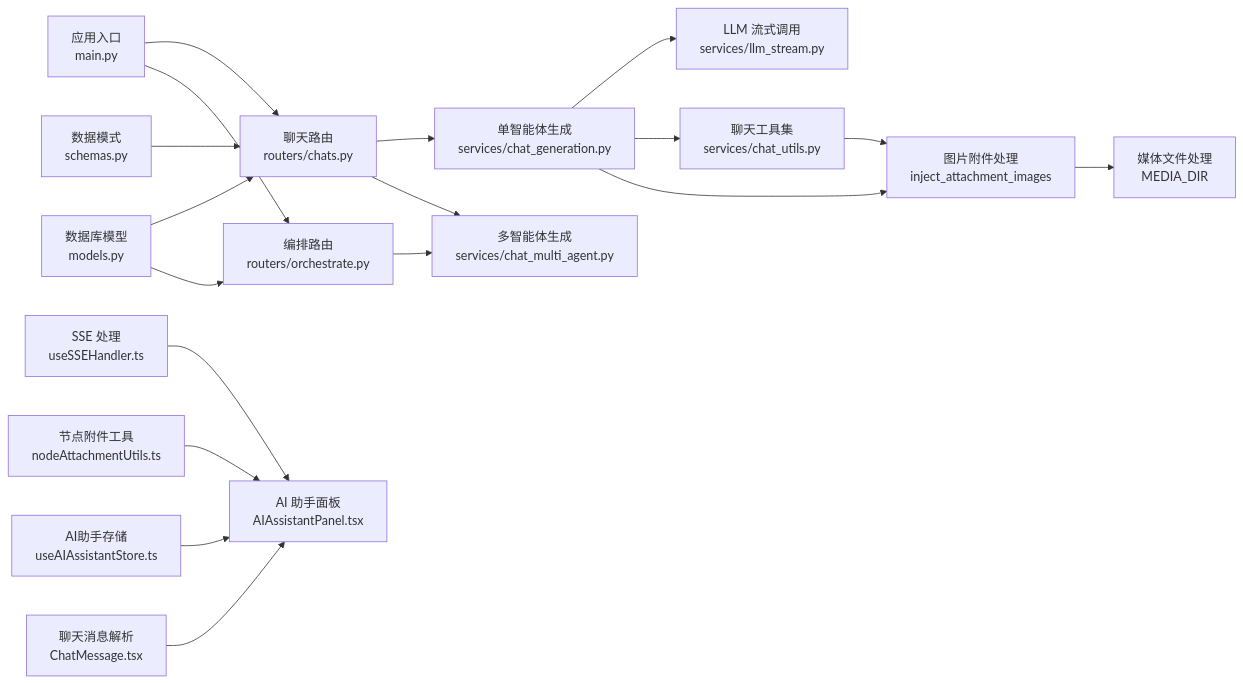
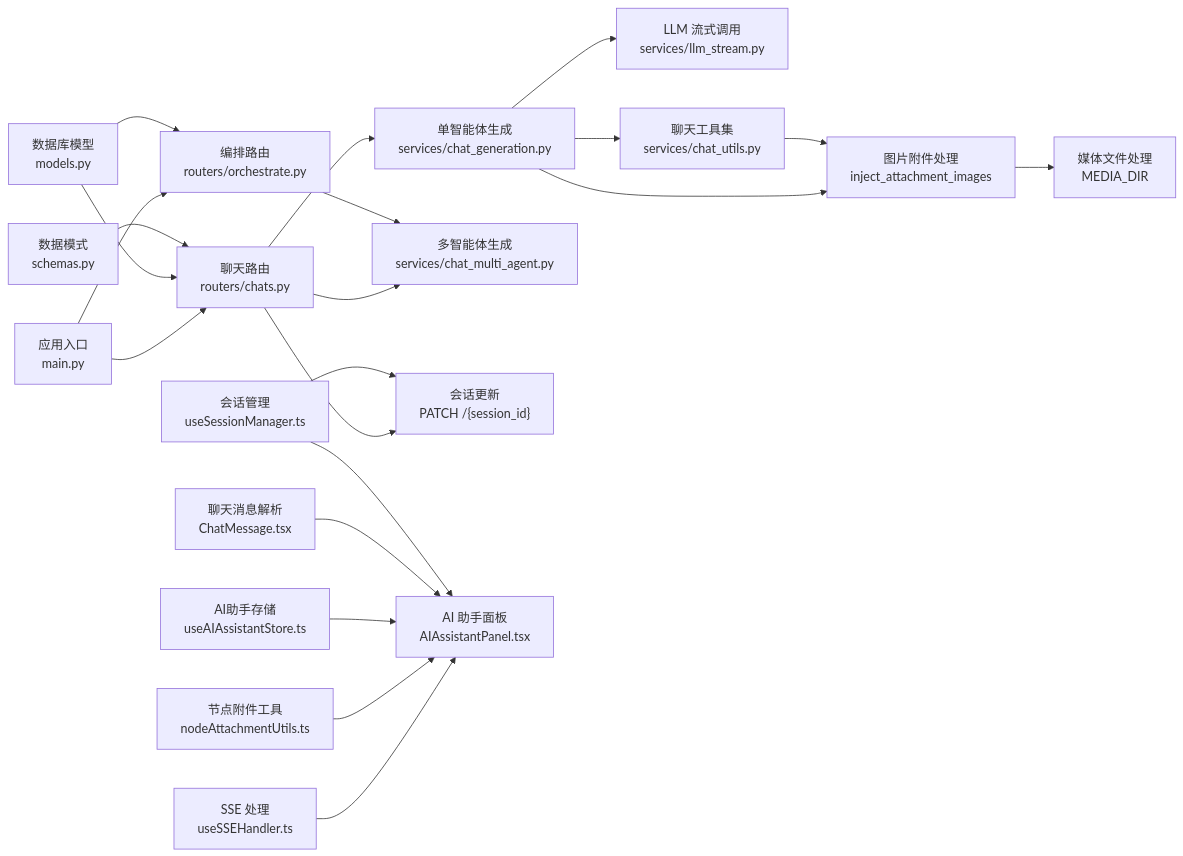
One commit to KunLabAI/KunFlix changed the fourth of 4 diagrams in .qoder/repowiki/zh/content/API接口文档/聊天对话接口.md. Above: the diagram before and after it, drawn with Mermaid. The commit also changed other lines of this file and 12 other files, not shown here.

````diff
--- a/.qoder/repowiki/zh/content/API接口文档/聊天对话接口.md
+++ b/.qoder/repowiki/zh/content/API接口文档/聊天对话接口.md
@@ -319,20 +376,23 @@
 ```mermaid
 graph LR
 CHATS["聊天路由<br/>routers/chats.py"] --> GEN["单智能体生成<br/>services/chat_generation.py"]
 CHATS --> MULTI["多智能体生成<br/>services/chat_multi_agent.py"]
+CHATS --> PATCH["会话更新<br/>PATCH /{session_id}"]
 GEN --> STREAM["LLM 流式调用<br/>services/llm_stream.py"]
 GEN --> UTILS["聊天工具集<br/>services/chat_utils.py"]
 GEN --> ATTACH["图片附件处理<br/>inject_attachment_images"]
 UTILS --> ATTACH
 ATTACH --> MEDIA["媒体文件处理<br/>MEDIA_DIR"]
 ORCHESTRATE["编排路由<br/>routers/orchestrate.py"] --> MULTI
 MAIN["应用入口<br/>main.py"] --> CHATS
 MAIN --> ORCHESTRATE
 MODELS["数据库模型<br/>models.py"] --> CHATS
 MODELS --> ORCHESTRATE
 SCHEMAS["数据模式<br/>schemas.py"] --> CHATS
 FE_SSE["SSE 处理<br/>useSSEHandler.ts"] --> FE_UI["AI 助手面板<br/>AIAssistantPanel.tsx"]
 FE_ATTACH["节点附件工具<br/>nodeAttachmentUtils.ts"] --> FE_UI
 FE_STORE["AI助手存储<br/>useAIAssistantStore.ts"] --> FE_UI
 FE_CHAT["聊天消息解析<br/>ChatMessage.tsx"] --> FE_UI
+FE_SESSION["会话管理<br/>useSessionManager.ts"] --> FE_UI
+FE_SESSION --> PATCH
 ```
````
